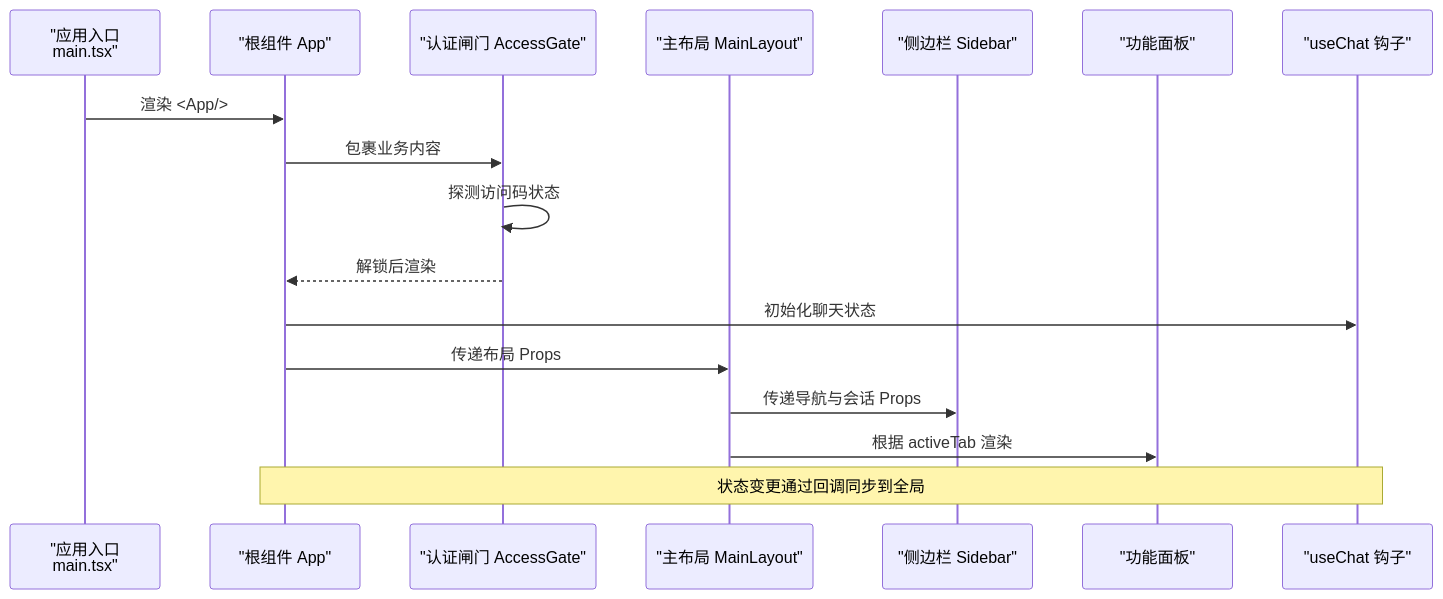
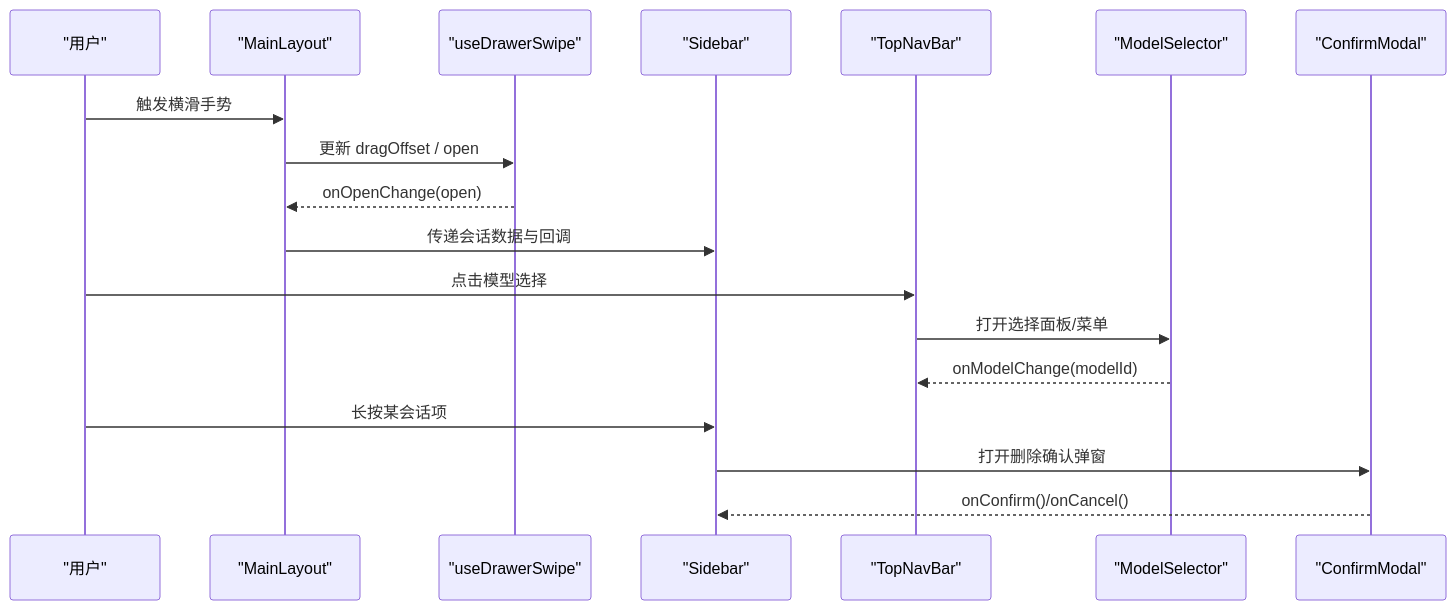
One commit to billye220670/AIShop changed the second of 7 diagrams in .qoder/repowiki/zh/content/核心组件/核心组件.md. Above: the diagram before and after it, drawn with Mermaid. The commit also changed other lines of this file and 135 other files, not shown here.

````diff
--- a/.qoder/repowiki/zh/content/核心组件/核心组件.md
+++ b/.qoder/repowiki/zh/content/核心组件/核心组件.md
@@ -99,19 +79,20 @@
 ```mermaid
 sequenceDiagram
-participant Root as "应用入口<br/>main.tsx"
-participant App as "根组件 App"
-participant Gate as "认证闸门 AccessGate"
-participant Layout as "主布局 MainLayout"
-participant Sidebar as "侧边栏 Sidebar"
-participant Panel as "功能面板"
-participant Hook as "useChat 钩子"
-Root->>App : 渲染 <App/>
-App->>Gate : 包裹业务内容
-Gate->>Gate : 探测访问码状态
-Gate-->>App : 解锁后渲染
-App->>Hook : 初始化聊天状态
-App->>Layout : 传递布局 Props
-Layout->>Sidebar : 传递导航与会话 Props
-Layout->>Panel : 根据 activeTab 渲染
-Note over App,Hook : 状态变更通过回调同步到全局
+participant U as "用户"
+participant ML as "MainLayout"
+participant SW as "useDrawerSwipe"
+participant SB as "Sidebar"
+participant TN as "TopNavBar"
+participant MS as "ModelSelector"
+participant CM as "ConfirmModal"
+U->>ML : 触发横滑手势
+ML->>SW : 更新 dragOffset / open
+SW-->>ML : onOpenChange(open)
+ML->>SB : 传递会话数据与回调
+U->>TN : 点击模型选择
+TN->>MS : 打开选择面板/菜单
+MS-->>TN : onModelChange(modelId)
+U->>SB : 长按某会话项
+SB->>CM : 打开删除确认弹窗
+CM-->>SB : onConfirm()/onCancel()
 ```
````
